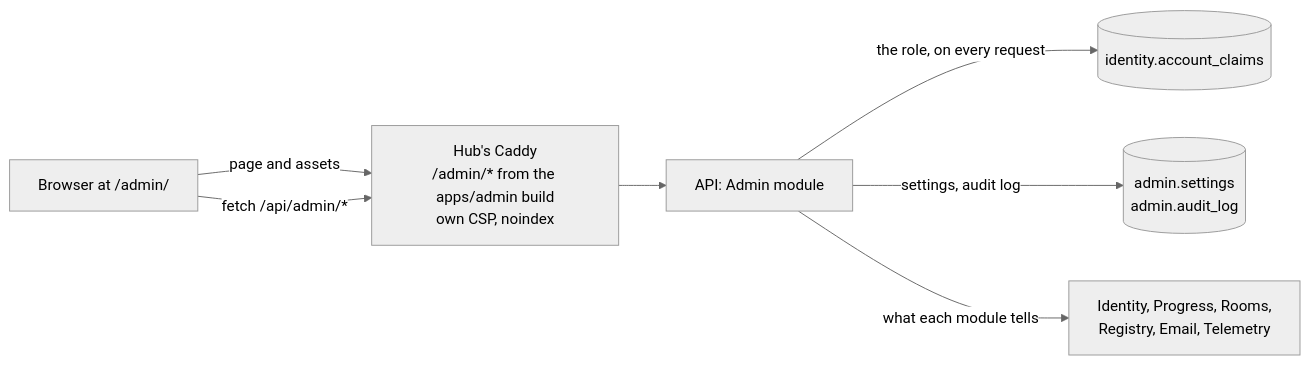
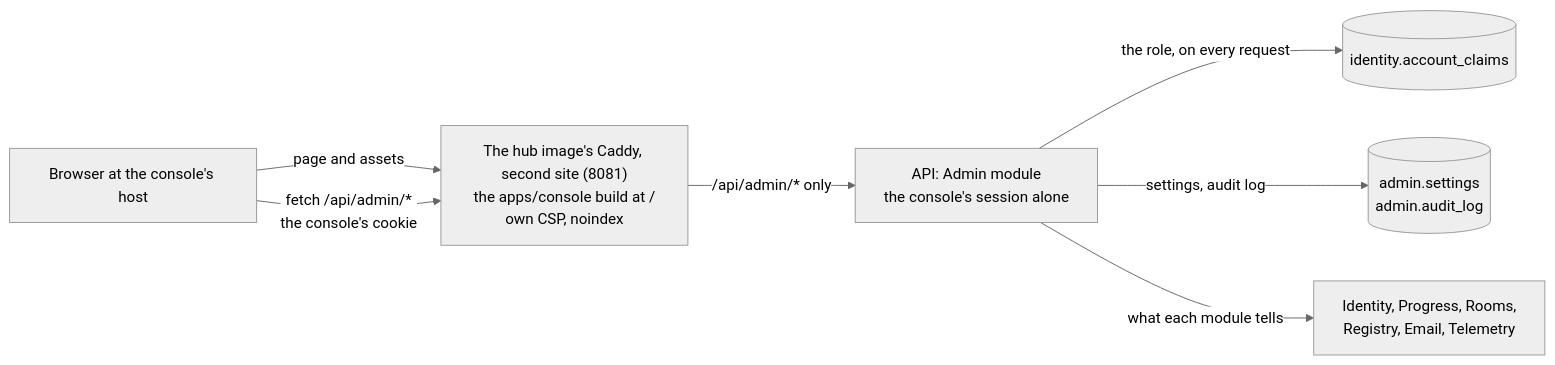
Before and after one commit to vinh466/tohe-play: the first of 6 diagrams in docs/architecture/admin.md, drawn with Mermaid (neutral theme). The commit also changed other lines of this file and 131 other files, not shown here.

Commit message:
feat: the console on a host of its own, with its own sign-in (ADR 0042, fourth step)

````diff
--- a/docs/architecture/admin.md
+++ b/docs/architecture/admin.md
@@ -15,9 +22,9 @@
 ```mermaid
 flowchart LR
-  browser["Browser at /admin/"] -- "page and assets" --> hubsrv["Hub's Caddy<br/>/admin/* from the apps/admin build<br/>own CSP, noindex"]
-  browser -- "fetch /api/admin/*" --> hubsrv
-  hubsrv --> api["API: Admin module"]
+  browser["Browser at the console's host"] -- "page and assets" --> site["The hub image's Caddy, second site (8081)<br/>the apps/console build at /<br/>own CSP, noindex"]
+  browser -- "fetch /api/admin/*<br/>the console's cookie" --> site
+  site -- "/api/admin/* only" --> api["API: Admin module<br/>the console's session alone"]
   api -- "the role, on every request" --> claims[("identity.account_claims")]
   api -- "settings, audit log" --> admin[("admin.settings<br/>admin.audit_log")]
   api -- "what each module tells" --> modules["Identity, Progress, Rooms,<br/>Registry, Email, Telemetry"]
 ```
````
